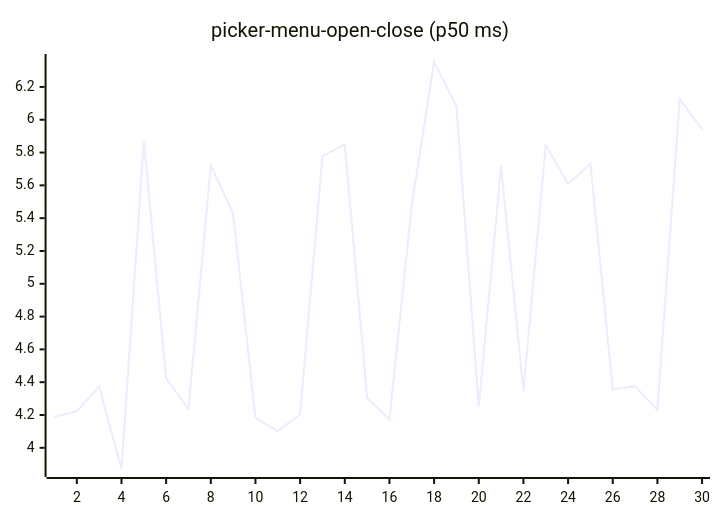
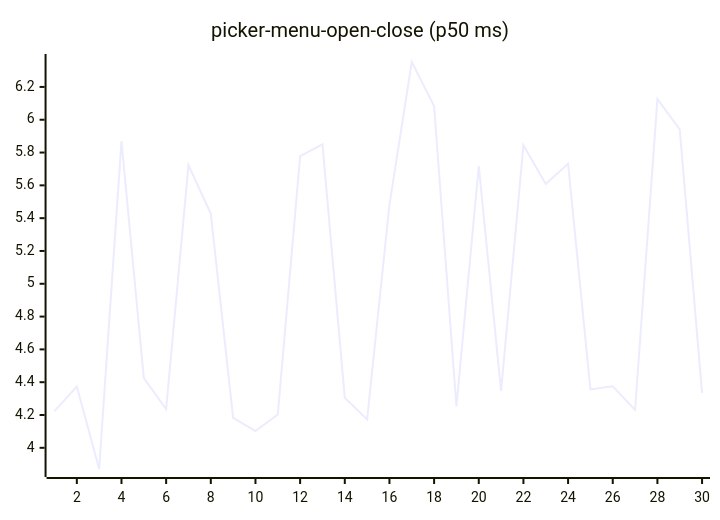
Diagram 16 of 27 in README.md (josha/Facet), drawn with Mermaid before and after one commit. The commit also changed other lines of this file and 2 other files, not shown here.

````diff
--- a/README.md
+++ b/README.md
@@ -168,6 +168,6 @@
 ```mermaid
 xychart-beta
     title "picker-menu-open-close (p50 ms)"
     x-axis 1 --> 30
-    line [4.1891, 4.2236, 4.3733, 3.8708, 5.8694, 4.4248, 4.2362, 5.7230, 5.4264, 4.1828, 4.1028, 4.2034, 5.7775, 5.8503, 4.3049, 4.1731, 5.4814, 6.3520, 6.0839, 4.2522, 5.7175, 4.3452, 5.8449, 5.6085, 5.7317, 4.3559, 4.3756, 4.2307, 6.1258, 5.9413]
+    line [4.2236, 4.3733, 3.8708, 5.8694, 4.4248, 4.2362, 5.7230, 5.4264, 4.1828, 4.1028, 4.2034, 5.7775, 5.8503, 4.3049, 4.1731, 5.4814, 6.3520, 6.0839, 4.2522, 5.7175, 4.3452, 5.8449, 5.6085, 5.7317, 4.3559, 4.3756, 4.2307, 6.1258, 5.9413, 4.3353]
 ```
````
